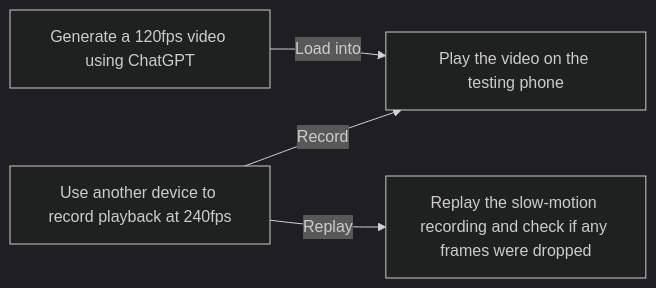
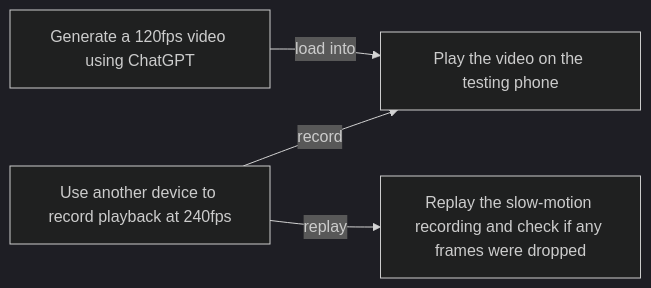
Before and after one commit to eyhgpt/experiments: the diagram in docs/GeneratePythonCodeAndProduceVideo.md, drawn with Mermaid (dark theme). The commit also changed 3 other files, not shown here.

````diff
--- a/docs/GeneratePythonCodeAndProduceVideo.md
+++ b/docs/GeneratePythonCodeAndProduceVideo.md
@@ -14,6 +14,6 @@
 ```mermaid
 flowchart LR
-   A[Generate a 120fps video using ChatGPT] -->|Load into| B[Play the video on the testing phone]
-   C[Use another device to record playback at 240fps] -->|Record| B
-   C -->|Replay| D[Replay the slow-motion recording and check if any frames were dropped]
+   A[Generate a 120fps video using ChatGPT] -->|load into| B[Play the video on the testing phone]
+   C[Use another device to record playback at 240fps] -->|record| B
+   C -->|replay| D[Replay the slow-motion recording and check if any frames were dropped]
 ```
````
